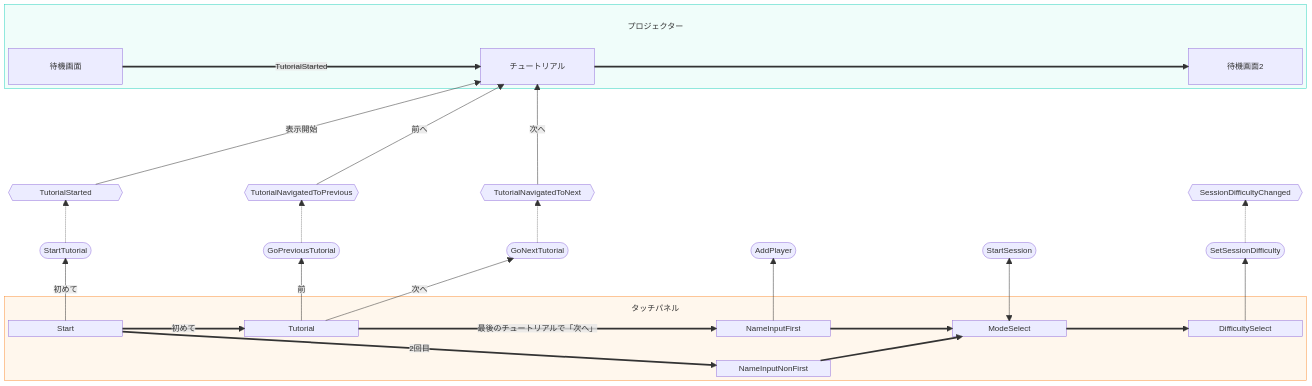
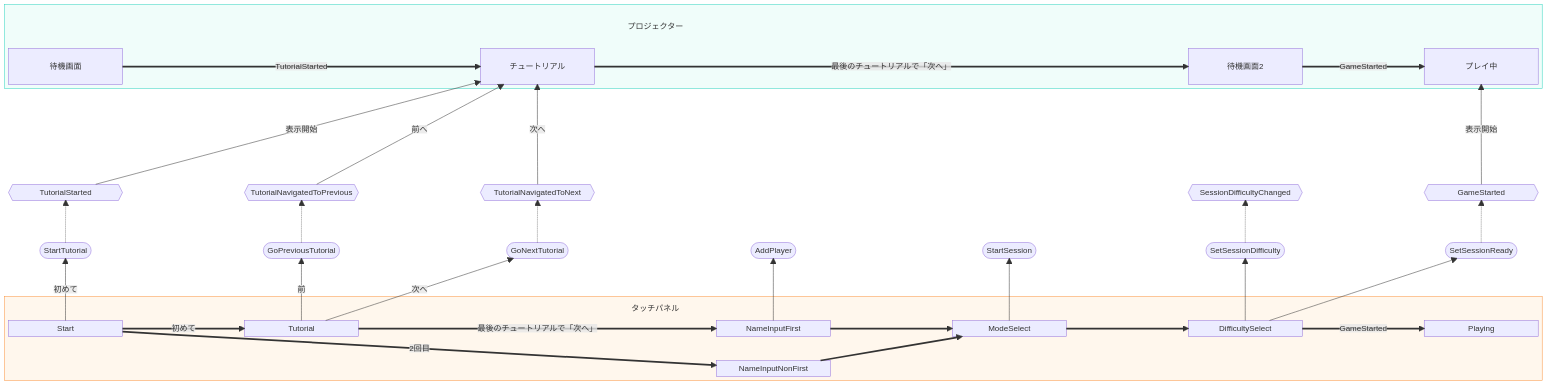
The diagram in docs/diagrams/data_flow.mmd (TK75Attractions/struckout), drawn with Mermaid before and after one commit. The commit also changed 1 other file, not shown here.

```diff
--- a/docs/diagrams/data_flow.mmd
+++ b/docs/diagrams/data_flow.mmd
@@ -1,66 +1,73 @@
 block-beta
     %% 外部への接続で画面遷移の方向が変わらないよう、行と列を明示する。
     columns 1
     block:Projector
-        columns 11
-        space:5 ProjectorTitle["プロジェクター"] space:5
-        Waiting1["待機画面"] space:3 ProjectorTutorial["チュートリアル"] space:5 Waiting2["待機画面2"]
+        columns 13
+        space:5 ProjectorTitle["プロジェクター"] space:7
+        Waiting1["待機画面"] space:3 ProjectorTutorial["チュートリアル"] space:5 Waiting2["待機画面2"] space ProjectorPlaying["プレイ中"]
     end
     space
     block:Events
-        columns 11
-        TutorialStarted{{"TutorialStarted"}} space TutorialNavigatedToPrevious{{"TutorialNavigatedToPrevious"}} space TutorialNavigatedToNext{{"TutorialNavigatedToNext"}} space:5 SessionDifficultyChanged{{"SessionDifficultyChanged"}}
+        columns 13
+        TutorialStarted{{"TutorialStarted"}} space TutorialNavigatedToPrevious{{"TutorialNavigatedToPrevious"}} space TutorialNavigatedToNext{{"TutorialNavigatedToNext"}} space:5 SessionDifficultyChanged{{"SessionDifficultyChanged"}} space GameStarted{{"GameStarted"}}
     end
     block:Commands
-        columns 11
-        StartTutorial(["StartTutorial"]) space GoPreviousTutorial(["GoPreviousTutorial"]) space GoNextTutorial(["GoNextTutorial"]) space AddPlayer(["AddPlayer"]) space StartSession(["StartSession"]) space SetSessionDifficulty(["SetSessionDifficulty"])
+        columns 13
+        StartTutorial(["StartTutorial"]) space GoPreviousTutorial(["GoPreviousTutorial"]) space GoNextTutorial(["GoNextTutorial"]) space AddPlayer(["AddPlayer"]) space StartSession(["StartSession"]) space SetSessionDifficulty(["SetSessionDifficulty"]) space SetSessionReady(["SetSessionReady"])
     end
     block:TouchPanel
-        columns 11
-        space:5 TouchPanelTitle["タッチパネル"] space:5
-        Start["Start"] space Tutorial["Tutorial"] space:3 NameInputFirst["NameInputFirst"] space ModeSelect["ModeSelect"] space DifficultySelect["DifficultySelect"]
-        space:11
-        space:6 NameInputNonFirst["NameInputNonFirst"] space:4
+        columns 13
+        space:5 TouchPanelTitle["タッチパネル"] space:7
+        Start["Start"] space Tutorial["Tutorial"] space:3 NameInputFirst["NameInputFirst"] space ModeSelect["ModeSelect"] space DifficultySelect["DifficultySelect"] space Playing["Playing"]
+        space:13
+        space:6 NameInputNonFirst["NameInputNonFirst"] space:6
     end
 
     %% 画面遷移（左から右）
     Waiting1 == "TutorialStarted" ==> ProjectorTutorial
-    ProjectorTutorial ==> Waiting2
+    ProjectorTutorial == "最後のチュートリアルで「次へ」" ==> Waiting2
+    Waiting2 == "GameStarted" ==> ProjectorPlaying
     Start == "初めて" ==> Tutorial
     Start == "2回目" ==> NameInputNonFirst
     Tutorial == "最後のチュートリアルで「次へ」" ==> NameInputFirst
     NameInputFirst ==> ModeSelect
     NameInputNonFirst ==> ModeSelect
     ModeSelect ==> DifficultySelect
+    DifficultySelect == "GameStarted" ==> Playing
 
     %% チュートリアル開始
     Start -- "初めて" --> StartTutorial
     StartTutorial -.-> TutorialStarted
     TutorialStarted -- "表示開始" --> ProjectorTutorial
 
     %% チュートリアルの前のページへ
     Tutorial -- "前" --> GoPreviousTutorial
     GoPreviousTutorial -.-> TutorialNavigatedToPrevious
     TutorialNavigatedToPrevious -- "前へ" --> ProjectorTutorial
 
     %% チュートリアルの次のページへ
     Tutorial -- "次へ" --> GoNextTutorial
     GoNextTutorial -.-> TutorialNavigatedToNext
     TutorialNavigatedToNext -- "次へ" --> ProjectorTutorial
 
     %% プレイヤー登録
     NameInputFirst --> AddPlayer
 
     %% セッション開始
-    ModeSelect <--> StartSession
+    ModeSelect --> StartSession
 
     %% 難易度設定
     DifficultySelect --> SetSessionDifficulty
     SetSessionDifficulty -.-> SessionDifficultyChanged
+
+    %% ゲーム開始
+    DifficultySelect --> SetSessionReady
+    SetSessionReady -.-> GameStarted
+    GameStarted -- "表示開始" --> ProjectorPlaying
 
     style Events fill:none,stroke:none
     style Commands fill:none,stroke:none
     style Projector fill:#F0FDFA,stroke:#2DD4BF
     style TouchPanel fill:#FFF7ED,stroke:#FB923C
     style ProjectorTitle fill:none,stroke:none
     style TouchPanelTitle fill:none,stroke:none
```
